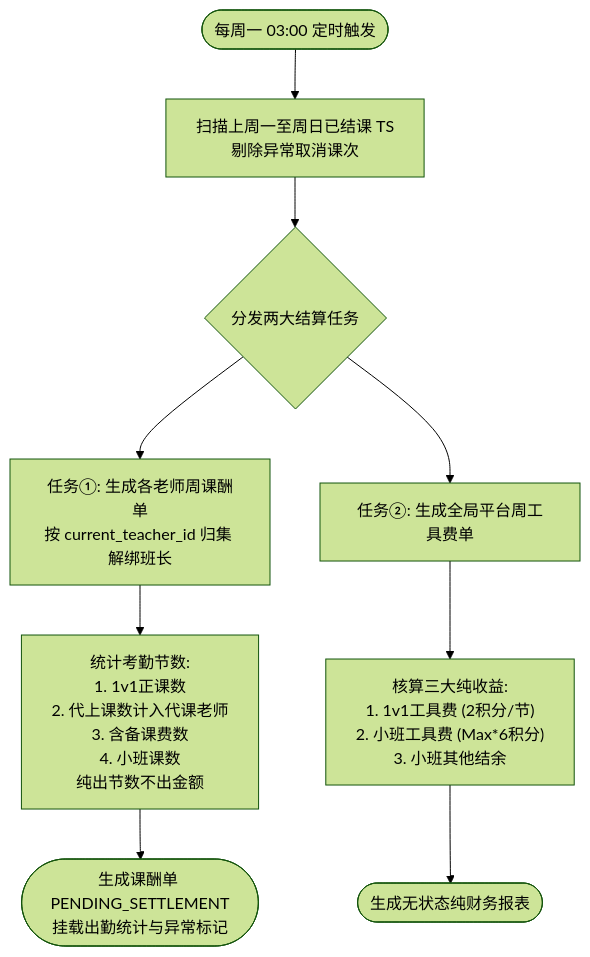
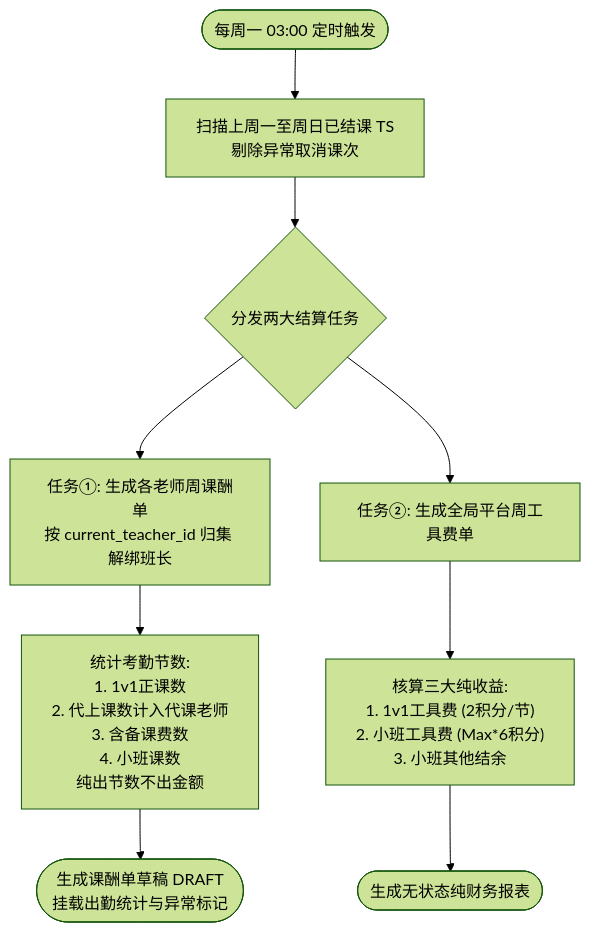
The second of 4 diagrams in docs/prd/m5b_weekly_settlement.md (Onezao/dream), drawn with Mermaid (forest theme) before and after one commit. The commit also changed other lines of this file and 15 other files, not shown here.

````diff
--- a/docs/prd/m5b_weekly_settlement.md
+++ b/docs/prd/m5b_weekly_settlement.md
@@ -293,15 +293,15 @@
 ```mermaid
 flowchart TD
     BatchStart([每周一 03:00 定时触发]) --> ScanPastWeek["扫描上周一至周日已结课 TS\n剔除异常取消课次"]
     ScanPastWeek --> SplitJobs{分发两大结算任务}
     
     %% 任务一: 老师周课酬单
     SplitJobs --> JobTeacher["任务①: 生成各老师周课酬单\n按 current_teacher_id 归集 解绑班长"]
     JobTeacher --> CountLessons["统计考勤节数:\n1. 1v1正课数\n2. 代上课数计入代课老师\n3. 含备课费数\n4. 小班课数\n纯出节数不出金额"]
-    CountLessons --> TeacherPending(["生成课酬单 PENDING_SETTLEMENT\n挂载出勤统计与异常标记"])
+    CountLessons --> TeacherPending(["生成课酬单草稿 DRAFT\n挂载出勤统计与异常标记"])
     
     %% 任务二: 平台工具费单
     SplitJobs --> JobPlatform["任务②: 生成全局平台周工具费单"]
     JobPlatform --> CalcPlatform["核算三大纯收益:\n1. 1v1工具费 (2积分/节)\n2. 小班工具费 (Max*6积分)\n3. 小班其他结余"]
     CalcPlatform --> PlatformReport([生成无状态纯财务报表])
 ```
````
